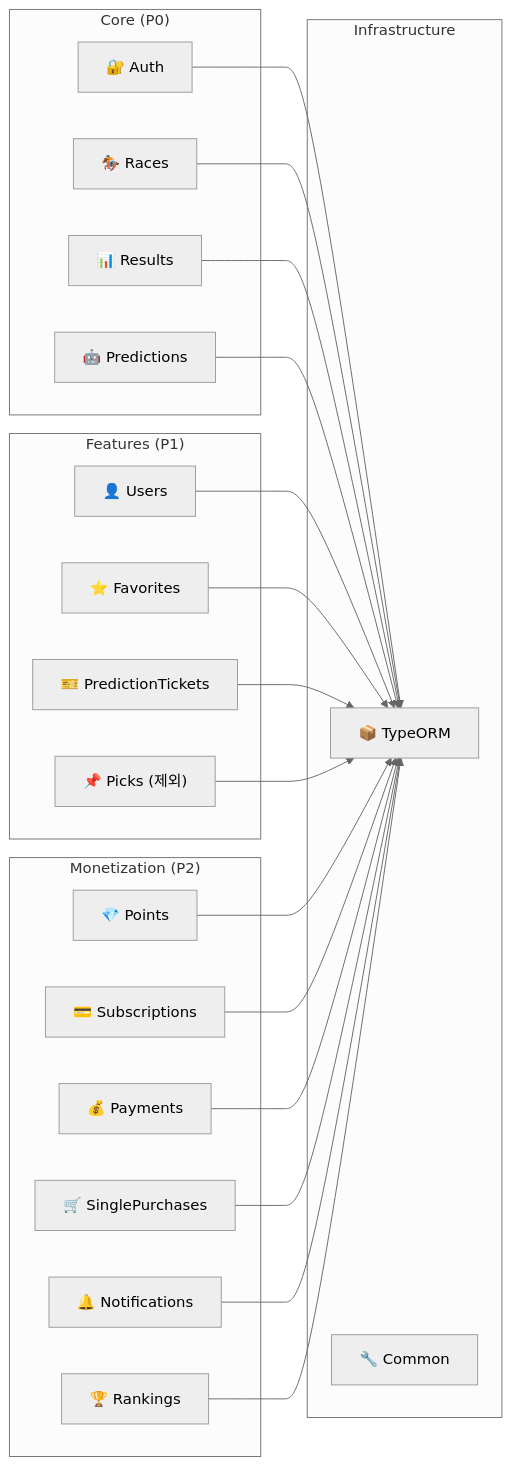
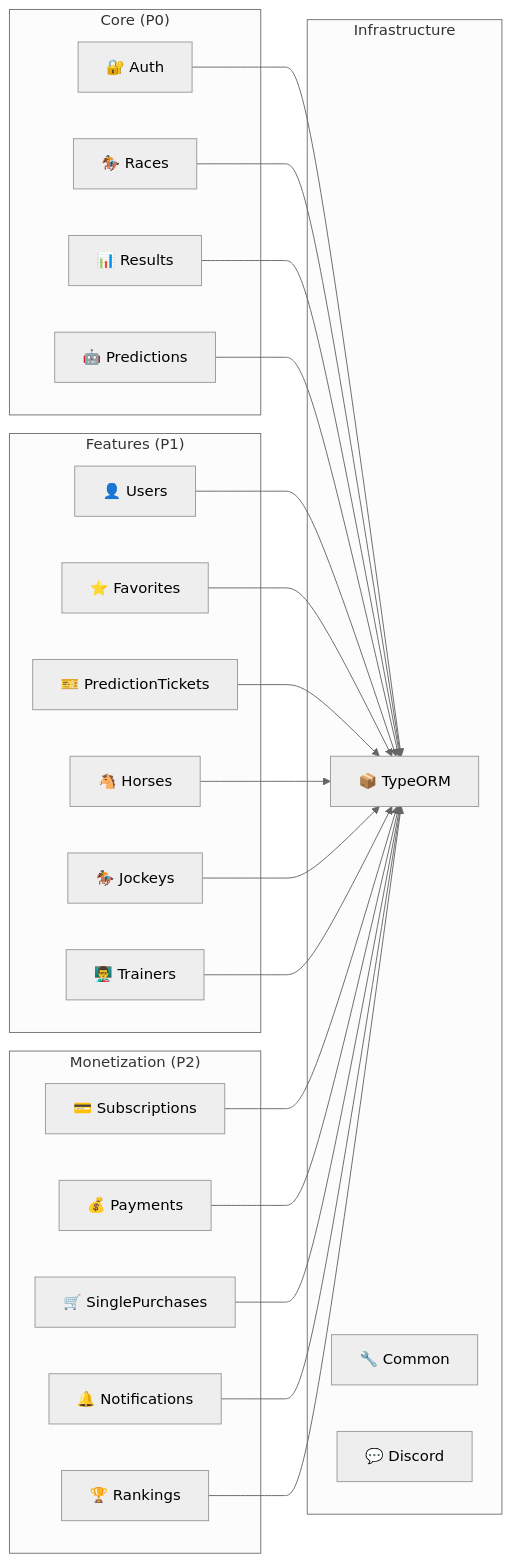
One commit to odds-center/oddscast changed the second of 3 diagrams in docs/architecture/ARCHITECTURE.md. Above: the diagram before and after it, drawn with Mermaid (neutral theme). The commit also changed other lines of this file and 16 other files, not shown here.

````diff
--- a/docs/architecture/ARCHITECTURE.md
+++ b/docs/architecture/ARCHITECTURE.md
@@ -78,45 +78,48 @@
 ```mermaid
 graph LR
     subgraph "Core (P0)"
         Auth["🔐 Auth"]
         Races["🏇 Races"]
         Results["📊 Results"]
         Predictions["🤖 Predictions"]
     end
 
     subgraph "Features (P1)"
         Users["👤 Users"]
         Favorites["⭐ Favorites"]
         Tickets["🎫 PredictionTickets"]
-        Picks["📌 Picks (제외)"]
+        Horses["🐴 Horses"]
+        Jockeys["🏇 Jockeys"]
+        Trainers["👨‍🏫 Trainers"]
     end
 
     subgraph "Monetization (P2)"
-        Points["💎 Points"]
         Subscriptions["💳 Subscriptions"]
         Payments["💰 Payments"]
         SinglePurchases["🛒 SinglePurchases"]
         Notifications["🔔 Notifications"]
         Rankings["🏆 Rankings"]
     end
 
     subgraph "Infrastructure"
         TypeORM["📦 TypeORM"]
         Common["🔧 Common"]
+        Discord["💬 Discord"]
     end
 
     Auth --> TypeORM
     Races --> TypeORM
     Results --> TypeORM
     Predictions --> TypeORM
     Users --> TypeORM
     Favorites --> TypeORM
     Tickets --> TypeORM
-    Picks --> TypeORM
-    Points --> TypeORM
+    Horses --> TypeORM
+    Jockeys --> TypeORM
+    Trainers --> TypeORM
     Subscriptions --> TypeORM
     Payments --> TypeORM
     SinglePurchases --> TypeORM
     Notifications --> TypeORM
     Rankings --> TypeORM
 ```
````
